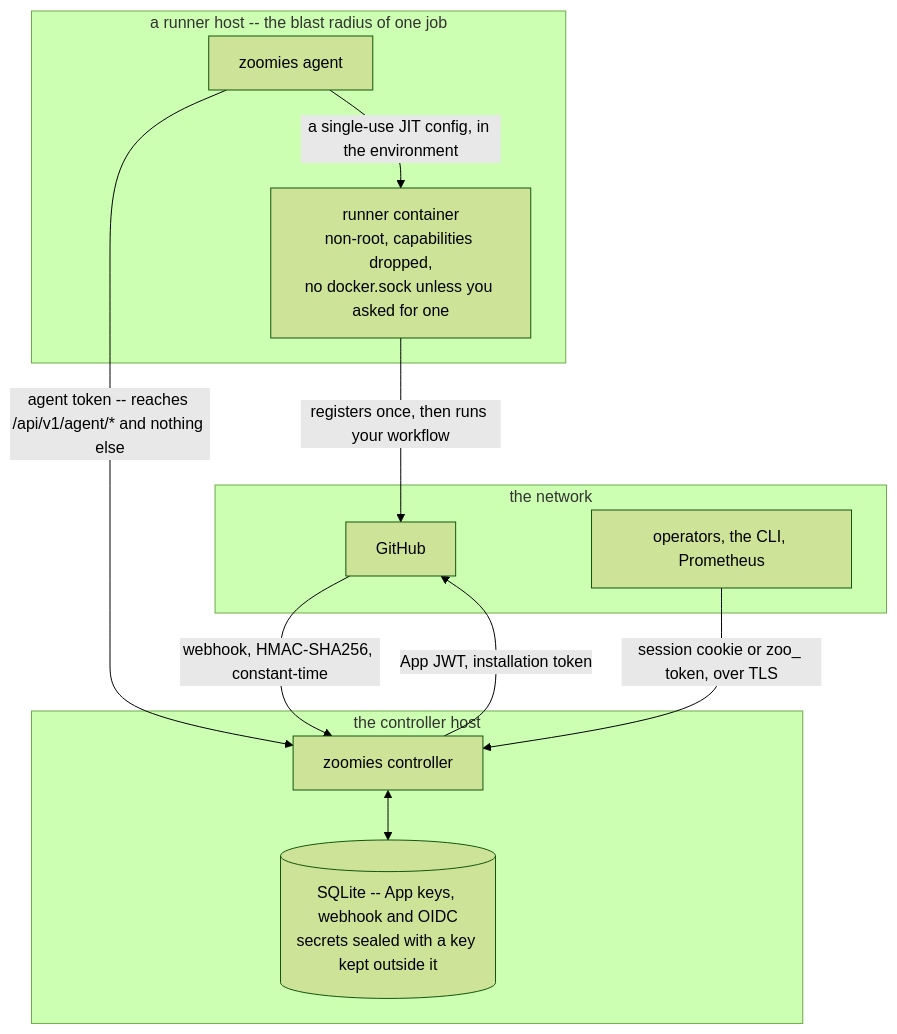
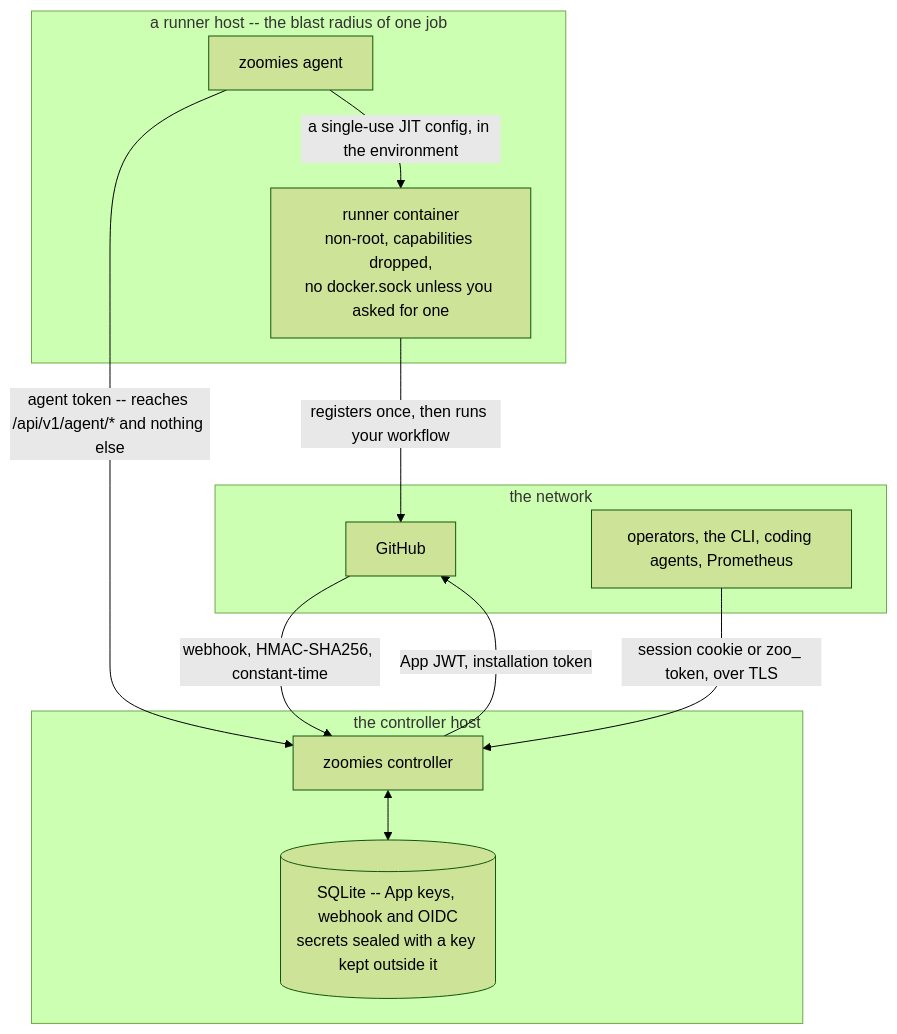
One commit to eyupio/Zoomies changed the first of 2 diagrams in docs/security.md. Above: the diagram before and after it, drawn with Mermaid (forest theme). The commit also changed other lines of this file and 1 other file, not shown here.

````diff
--- a/docs/security.md
+++ b/docs/security.md
@@ -39,25 +39,25 @@
 ```mermaid
 flowchart TB
     subgraph net["the network"]
         gh["GitHub"]
-        ops["operators, the CLI, Prometheus"]
+        ops["operators, the CLI, coding agents, Prometheus"]
     end
 
     subgraph ch["the controller host"]
         ctrl["zoomies controller"]
         db[("SQLite -- App keys, webhook and OIDC<br/>secrets sealed with a key kept outside it")]
     end
 
     subgraph rh["a runner host -- the blast radius of one job"]
         ag["zoomies agent"]
         run["runner container<br/>non-root, capabilities dropped,<br/>no docker.sock unless you asked for one"]
     end
 
     ops -->|"session cookie or zoo_ token, over TLS"| ctrl
     gh -->|"webhook, HMAC-SHA256, constant-time"| ctrl
     ctrl -->|"App JWT, installation token"| gh
     ctrl <--> db
     ag -->|"agent token -- reaches /api/v1/agent/* and nothing else"| ctrl
     ag -->|"a single-use JIT config, in the environment"| run
     run -->|"registers once, then runs your workflow"| gh
 ```
````
